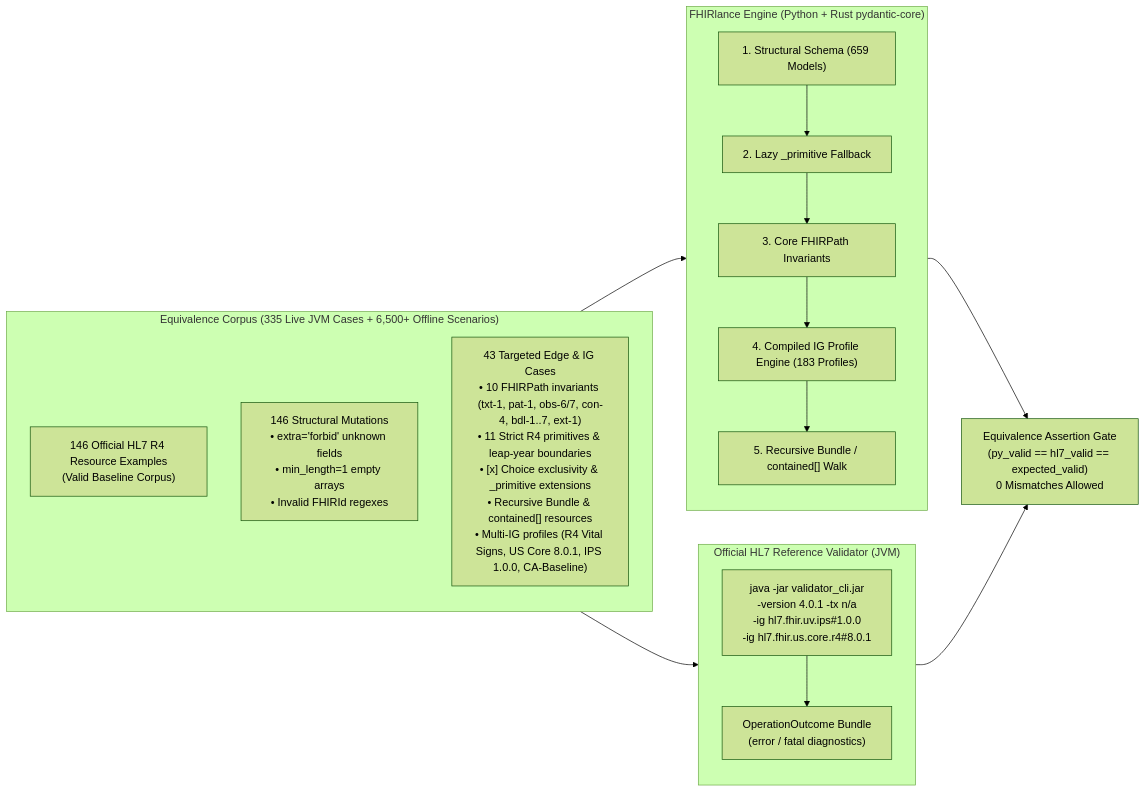
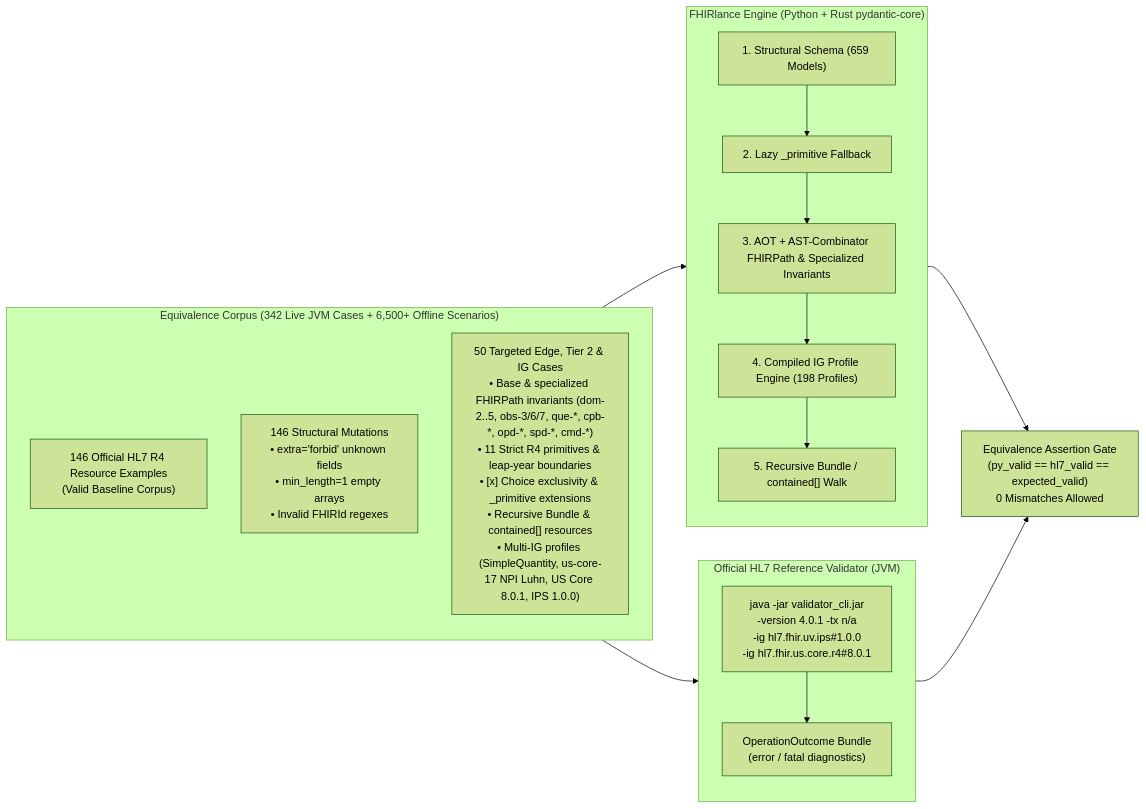
One commit to damsonaldson/FHIRlance changed the diagram in docs/equivalence-and-testing.md. Above: the diagram before and after it, drawn with Mermaid (forest theme). The commit also changed other lines of this file and 2 other files, not shown here.

Commit message:
test(qa): expand Tier 2 equivalence corpus, close coverage gaps, and update testing docs (#30)

````diff
--- a/docs/equivalence-and-testing.md
+++ b/docs/equivalence-and-testing.md
@@ -20,31 +20,31 @@
 ```mermaid
 flowchart LR
-    subgraph Corpus["Equivalence Corpus (335 Live JVM Cases + 6,500+ Offline Scenarios)"]
+    subgraph Corpus["Equivalence Corpus (342 Live JVM Cases + 6,500+ Offline Scenarios)"]
         direction TB
         C1["146 Official HL7 R4 Resource Examples<br/>(Valid Baseline Corpus)"]
         C2["146 Structural Mutations<br/>• extra='forbid' unknown fields<br/>• min_length=1 empty arrays<br/>• Invalid FHIRId regexes"]
-        C3["43 Targeted Edge & IG Cases<br/>• 10 FHIRPath invariants (txt-1, pat-1, obs-6/7, con-4, bdl-1..7, ext-1)<br/>• 11 Strict R4 primitives & leap-year boundaries<br/>• [x] Choice exclusivity & _primitive extensions<br/>• Recursive Bundle & contained[] resources<br/>• Multi-IG profiles (R4 Vital Signs, US Core 8.0.1, IPS 1.0.0, CA-Baseline)"]
+        C3["50 Targeted Edge, Tier 2 & IG Cases<br/>• Base & specialized FHIRPath invariants (dom-2..5, obs-3/6/7, que-*, cpb-*, opd-*, spd-*, cmd-*)<br/>• 11 Strict R4 primitives & leap-year boundaries<br/>• [x] Choice exclusivity & _primitive extensions<br/>• Recursive Bundle & contained[] resources<br/>• Multi-IG profiles (SimpleQuantity, us-core-17 NPI Luhn, US Core 8.0.1, IPS 1.0.0)"]
     end
 
     subgraph PY["FHIRlance Engine (Python + Rust pydantic-core)"]
         direction TB
         P1["1. Structural Schema (659 Models)"]
         P2["2. Lazy _primitive Fallback"]
-        P3["3. Core FHIRPath Invariants"]
-        P4["4. Compiled IG Profile Engine (183 Profiles)"]
+        P3["3. AOT + AST-Combinator FHIRPath & Specialized Invariants"]
+        P4["4. Compiled IG Profile Engine (198 Profiles)"]
         P5["5. Recursive Bundle / contained[] Walk"]
         P1 --> P2 --> P3 --> P4 --> P5
     end
 
     subgraph JAVA["Official HL7 Reference Validator (JVM)"]
         direction TB
         J1["java -jar validator_cli.jar<br/>-version 4.0.1 -tx n/a<br/>-ig hl7.fhir.uv.ips#1.0.0<br/>-ig hl7.fhir.us.core.r4#8.0.1"]
         J2["OperationOutcome Bundle<br/>(error / fatal diagnostics)"]
         J1 --> J2
     end
 
     ASSERT["Equivalence Assertion Gate<br/>(py_valid == hl7_valid == expected_valid)<br/>0 Mismatches Allowed"]
 
     Corpus --> PY --> ASSERT
     Corpus --> JAVA --> ASSERT
 ```
````
